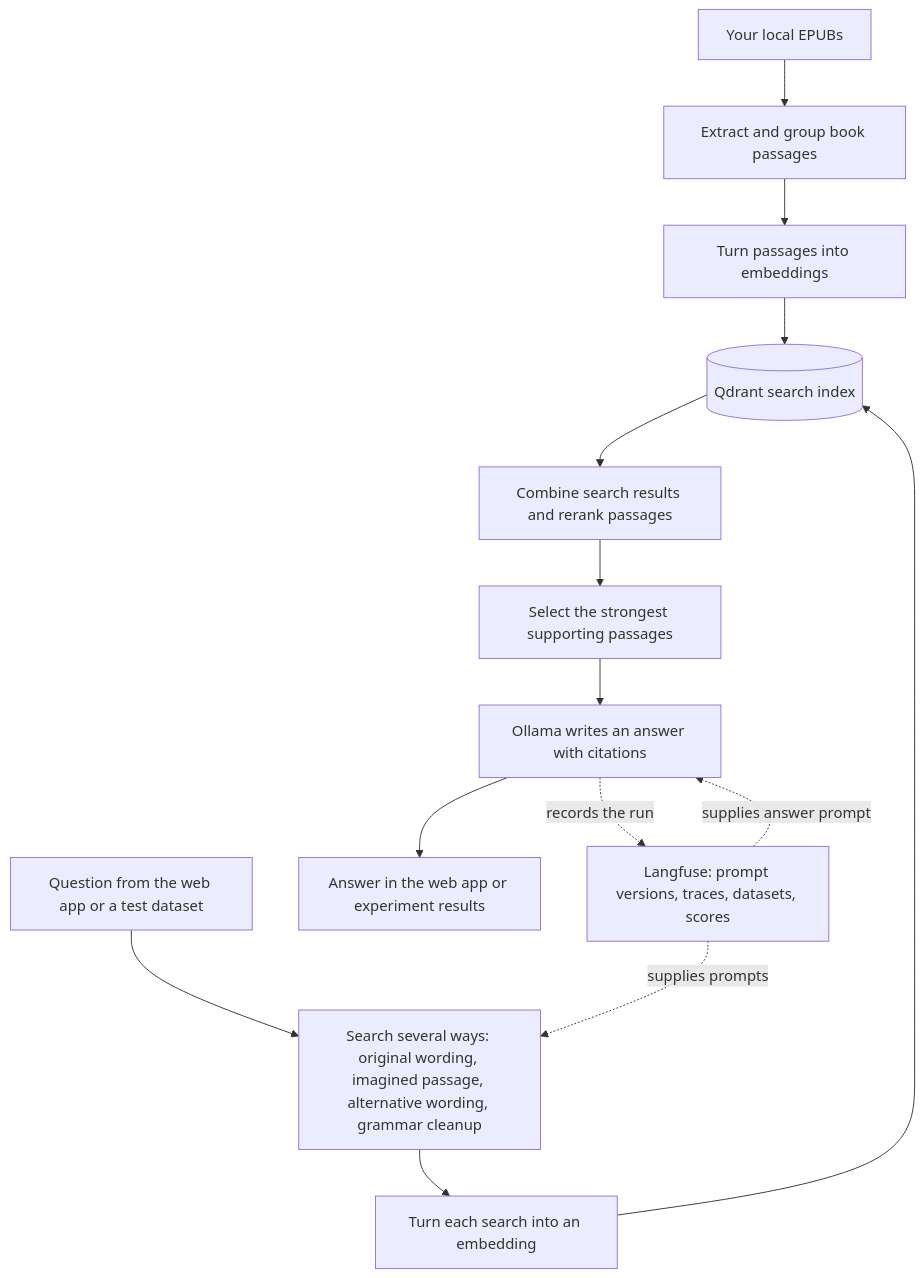
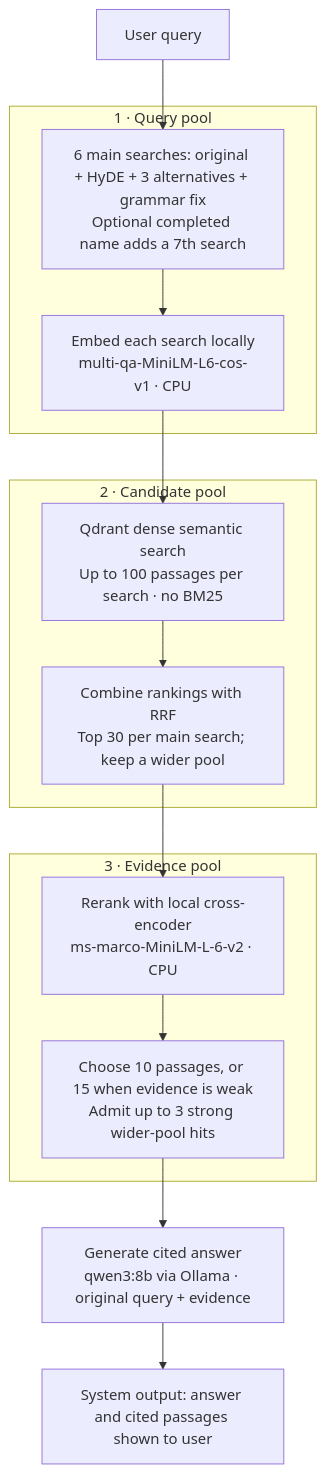
Before and after one commit to kubilaycaglayan/advanced-rag-with-langfuse: the diagram in README.md, drawn with Mermaid. The commit also changed other lines of this file and 1 other file, not shown here.

Commit message:
Explain the query-to-answer pipeline in grouped diagrams

````diff
--- a/README.md
+++ b/README.md
@@ -9,18 +9,27 @@
 ```mermaid
 flowchart TD
-    books["Your local EPUBs"] --> passages["Extract and group book passages"]
-    passages --> index["Turn passages into embeddings"]
-    index --> qdrant[(Qdrant search index)]
+    user["User query"] --> routes
 
-    question["Question from the web app or a test dataset"] --> rewrites["Search several ways: original wording, imagined passage, alternative wording, grammar cleanup"]
-    rewrites --> search["Turn each search into an embedding"]
-    search --> qdrant
-    qdrant --> combine["Combine search results and rerank passages"]
-    combine --> evidence["Select the strongest supporting passages"]
-    evidence --> answer["Ollama writes an answer with citations"]
-    answer --> result["Answer in the web app or experiment results"]
+    subgraph query_pool["1 · Query pool"]
+        routes["6 main searches: original + HyDE + 3 alternatives + grammar fix<br/>Optional completed name adds a 7th search"]
+        embed["Embed each search locally<br/>multi-qa-MiniLM-L6-cos-v1 · CPU"]
+        routes --> embed
+    end
 
-    langfuse["Langfuse: prompt versions, traces, datasets, scores"] -. "supplies prompts" .-> rewrites
-    langfuse -. "supplies answer prompt" .-> answer
-    answer -. "records the run" .-> langfuse
+    subgraph candidate_pool["2 · Candidate pool"]
+        lookup["Qdrant dense semantic search<br/>Up to 100 passages per search · no BM25"]
+        fusion["Combine rankings with RRF<br/>Top 30 per main search; keep a wider pool"]
+        lookup --> fusion
+    end
+
+    subgraph evidence_pool["3 · Evidence pool"]
+        rerank["Rerank with local cross-encoder<br/>ms-marco-MiniLM-L-6-v2 · CPU"]
+        select["Choose 10 passages, or 15 when evidence is weak<br/>Admit up to 3 strong wider-pool hits"]
+        rerank --> select
+    end
+
+    embed --> lookup
+    fusion --> rerank
+    select --> generate["Generate cited answer<br/>qwen3:8b via Ollama · original query + evidence"]
+    generate --> output["System output: answer and cited passages shown to user"]
 ```
````
